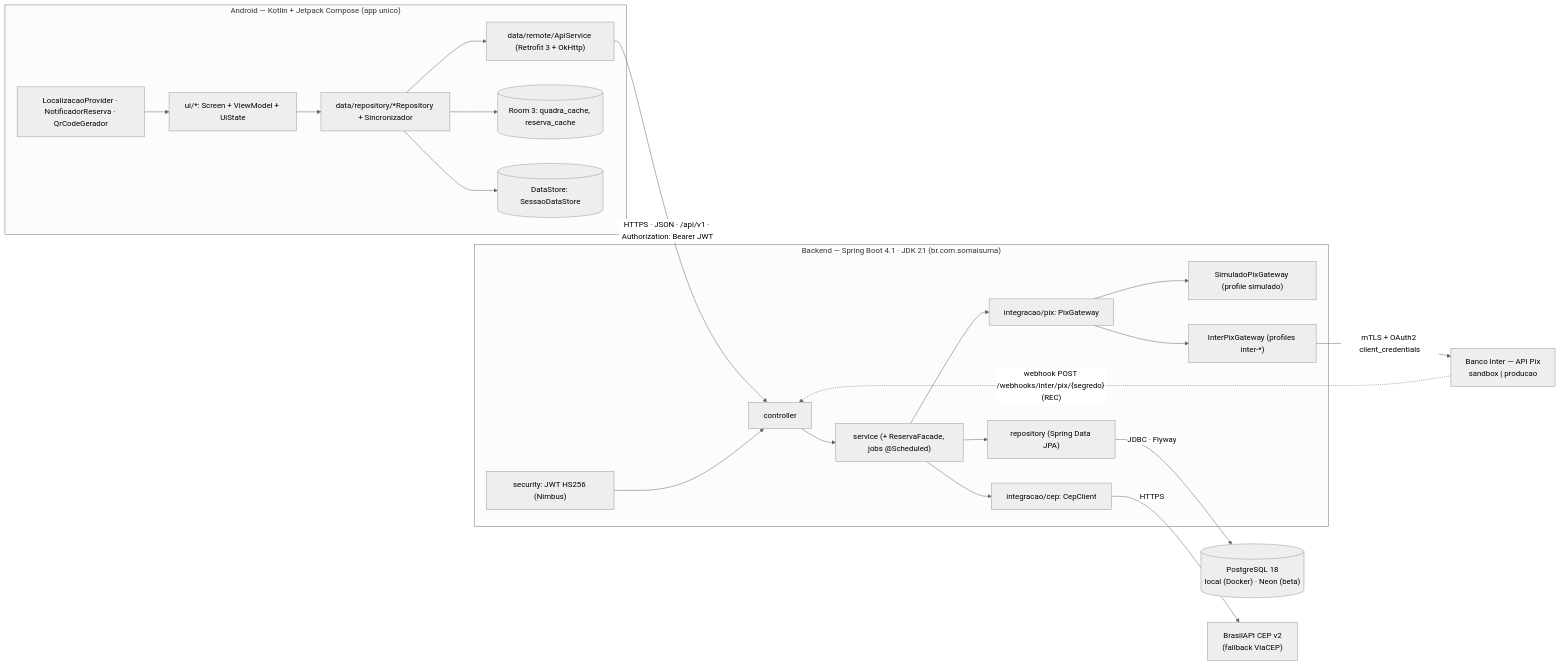
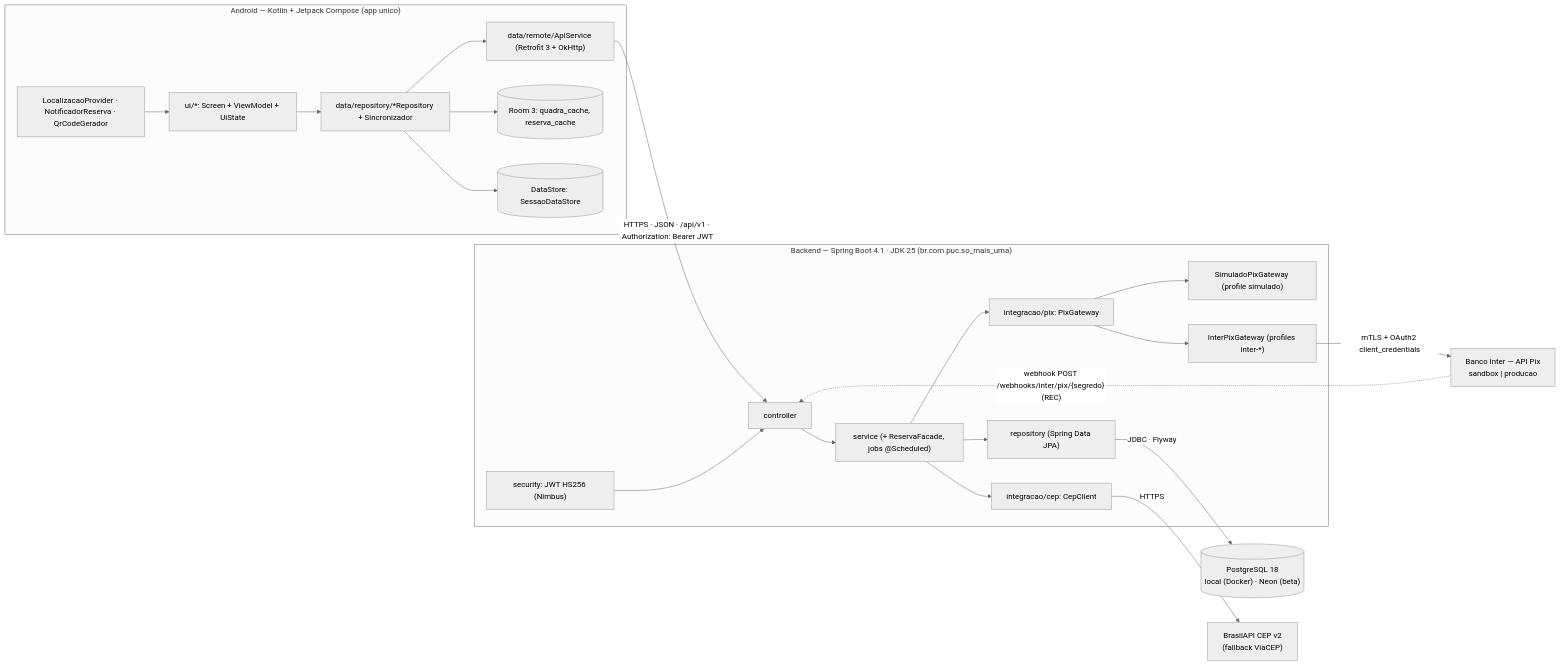
Before and after one commit to DEVigodE/so-mais-uma: the first of 3 diagrams in docs/09-arquitetura.md, drawn with Mermaid (neutral theme). The commit also changed other lines of this file and 125 other files, not shown here.

````diff
--- a/docs/09-arquitetura.md
+++ b/docs/09-arquitetura.md
@@ -7,27 +7,27 @@
 ```mermaid
 flowchart LR
     subgraph APP["Android — Kotlin + Jetpack Compose (app unico)"]
         UI["ui/*: Screen + ViewModel + UiState"] --> REPO["data/repository/*Repository + Sincronizador"]
         REPO --> API["data/remote/ApiService (Retrofit 3 + OkHttp)"]
         REPO --> ROOM[("Room 3: quadra_cache, reserva_cache")]
         REPO --> DS[("DataStore: SessaoDataStore")]
         NAT["LocalizacaoProvider · NotificadorReserva · QrCodeGerador"] --> UI
     end
 
     API -- "HTTPS · JSON · /api/v1 · Authorization: Bearer JWT" --> CTRL
 
-    subgraph BE["Backend — Spring Boot 4.1 · JDK 21 (br.com.somaisuma)"]
+    subgraph BE["Backend — Spring Boot 4.1 · JDK 25 (br.com.puc.so_mais_uma)"]
         SEC["security: JWT HS256 (Nimbus)"] --> CTRL["controller"]
         CTRL --> SVC["service (+ ReservaFacade, jobs @Scheduled)"]
         SVC --> JPA["repository (Spring Data JPA)"]
         SVC --> PIX["integracao/pix: PixGateway"]
         SVC --> CEP["integracao/cep: CepClient"]
         PIX --> SIM["SimuladoPixGateway (profile simulado)"]
         PIX --> INTERGW["InterPixGateway (profiles inter-*)"]
     end
 
     JPA -- "JDBC · Flyway" --> PG[("PostgreSQL 18<br/>local (Docker) · Neon (beta)")]
     INTERGW -- "mTLS + OAuth2 client_credentials" --> INTER["Banco Inter — API Pix<br/>sandbox | producao"]
     CEP -- "HTTPS" --> BRASILAPI["BrasilAPI CEP v2<br/>(fallback ViaCEP)"]
     INTER -. "webhook POST /webhooks/inter/pix/{segredo} (REC)" .-> CTRL
 ```
````
